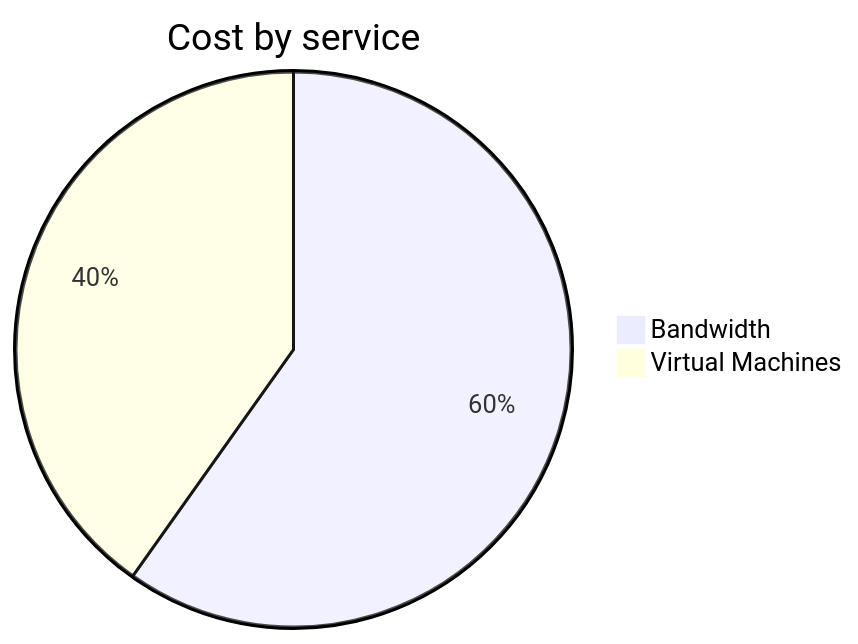
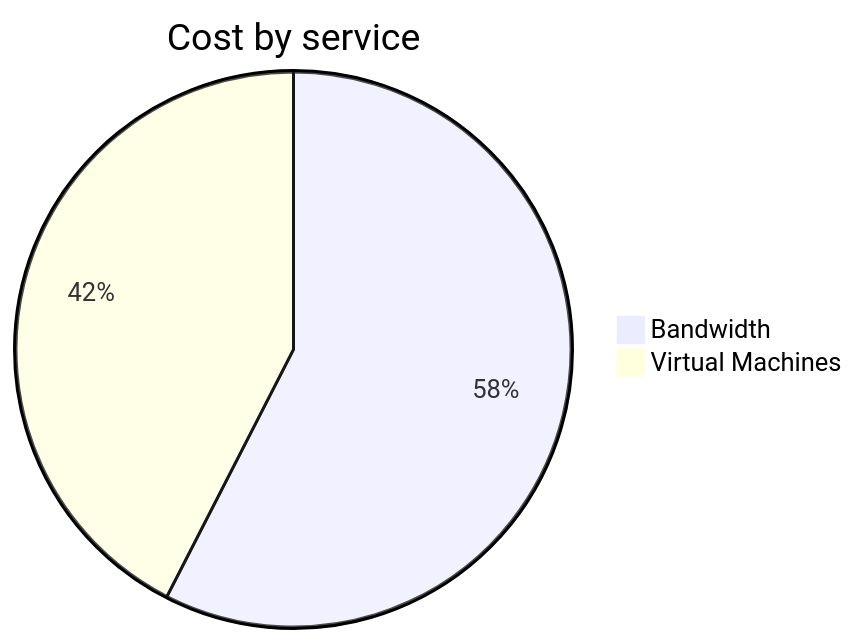
One commit to jpfulton/azure-personal-reports changed the second of 4 diagrams in cost-reports/personal-network/vpn-server.md. Above: the diagram before and after it, drawn with Mermaid. The commit also changed other lines of this file and 8 other files, not shown here.

````diff
--- a/cost-reports/personal-network/vpn-server.md
+++ b/cost-reports/personal-network/vpn-server.md
@@ -96,6 +96,6 @@
 ```mermaid
 pie
    title Cost by service
    "Bandwidth" : 2.71
-   "Virtual Machines" : 1.82
+   "Virtual Machines" : 2.00
 ```
````
